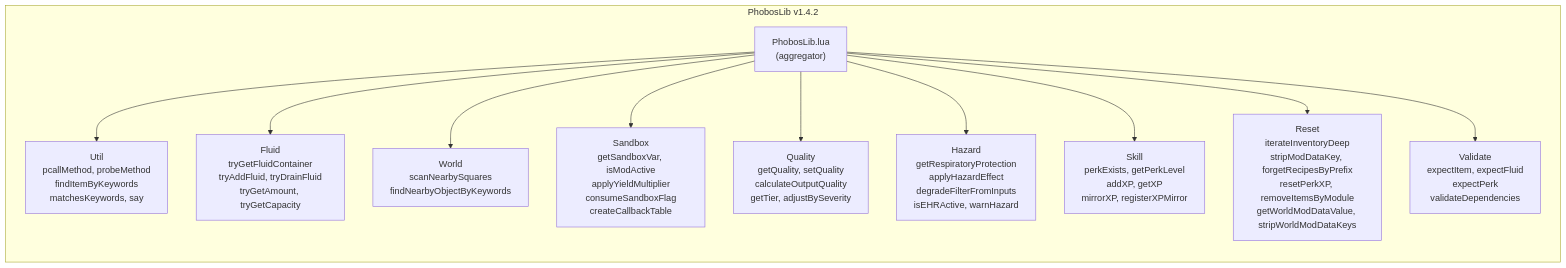
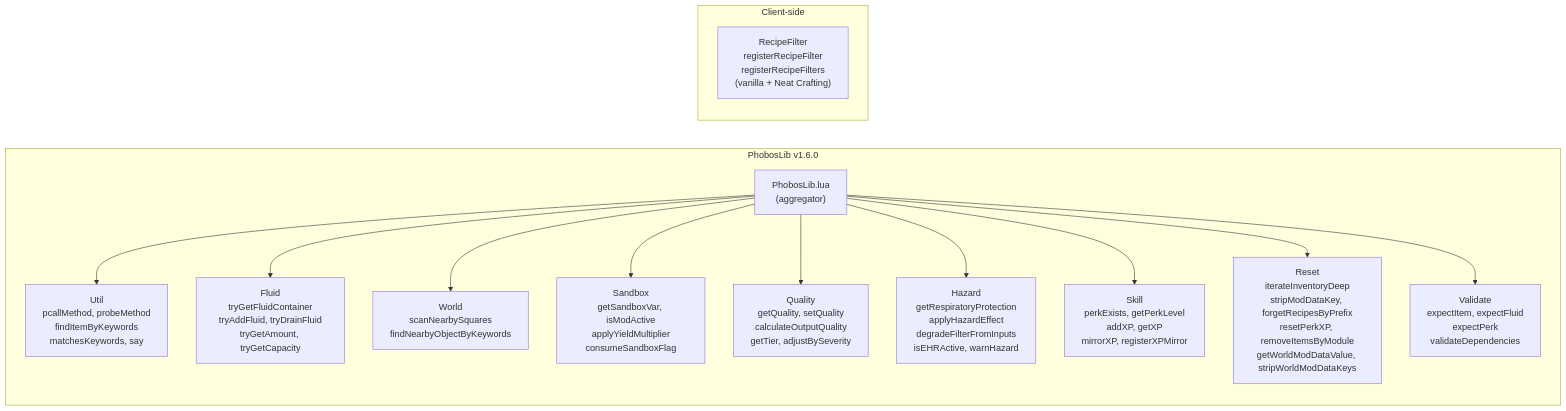
Before and after one commit to phobos-dthorga/mod-pz-chemistry-pathways: the second of 5 diagrams in docs/diagrams/architecture.md, drawn with Mermaid. The commit also changed other lines of this file and 7 other files, not shown here.

````diff
--- a/docs/diagrams/architecture.md
+++ b/docs/diagrams/architecture.md
@@ -50,34 +50,38 @@
 ```mermaid
 graph LR
-    subgraph LIB["PhobosLib v1.4.2"]
+    subgraph LIB["PhobosLib v1.6.0"]
         INIT["PhobosLib.lua<br/>(aggregator)"]
 
         UTIL["Util<br/>pcallMethod, probeMethod<br/>findItemByKeywords<br/>matchesKeywords, say"]
 
         FLUID["Fluid<br/>tryGetFluidContainer<br/>tryAddFluid, tryDrainFluid<br/>tryGetAmount, tryGetCapacity"]
 
         WORLD["World<br/>scanNearbySquares<br/>findNearbyObjectByKeywords"]
 
-        SANDBOX["Sandbox<br/>getSandboxVar, isModActive<br/>applyYieldMultiplier<br/>consumeSandboxFlag<br/>createCallbackTable"]
+        SANDBOX["Sandbox<br/>getSandboxVar, isModActive<br/>applyYieldMultiplier<br/>consumeSandboxFlag"]
 
         QUALITY["Quality<br/>getQuality, setQuality<br/>calculateOutputQuality<br/>getTier, adjustBySeverity"]
 
         HAZ["Hazard<br/>getRespiratoryProtection<br/>applyHazardEffect<br/>degradeFilterFromInputs<br/>isEHRActive, warnHazard"]
 
         SKL["Skill<br/>perkExists, getPerkLevel<br/>addXP, getXP<br/>mirrorXP, registerXPMirror"]
 
         RST["Reset<br/>iterateInventoryDeep<br/>stripModDataKey, forgetRecipesByPrefix<br/>resetPerkXP, removeItemsByModule<br/>getWorldModDataValue, stripWorldModDataKeys"]
 
         VAL["Validate<br/>expectItem, expectFluid<br/>expectPerk<br/>validateDependencies"]
     end
 
+    subgraph CLIENT["Client-side"]
+        RF["RecipeFilter<br/>registerRecipeFilter<br/>registerRecipeFilters<br/>(vanilla + Neat Crafting)"]
+    end
+
     INIT --> UTIL
     INIT --> FLUID
     INIT --> WORLD
     INIT --> SANDBOX
     INIT --> QUALITY
     INIT --> HAZ
     INIT --> SKL
     INIT --> RST
     INIT --> VAL
 ```
````
